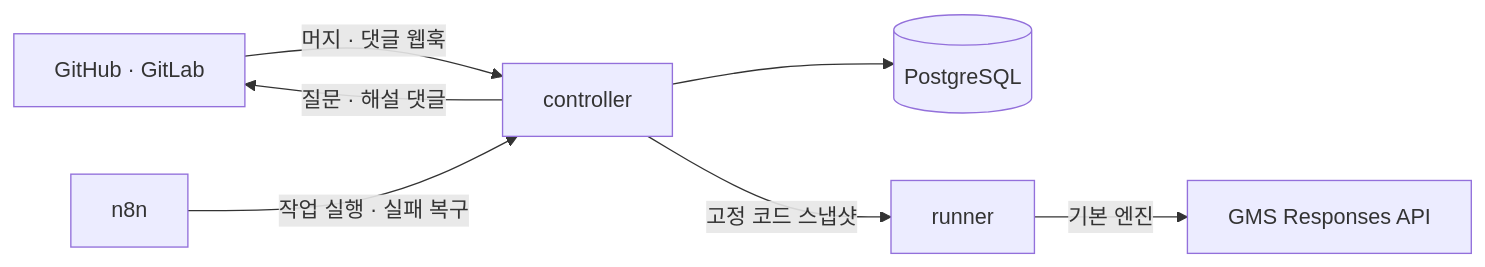
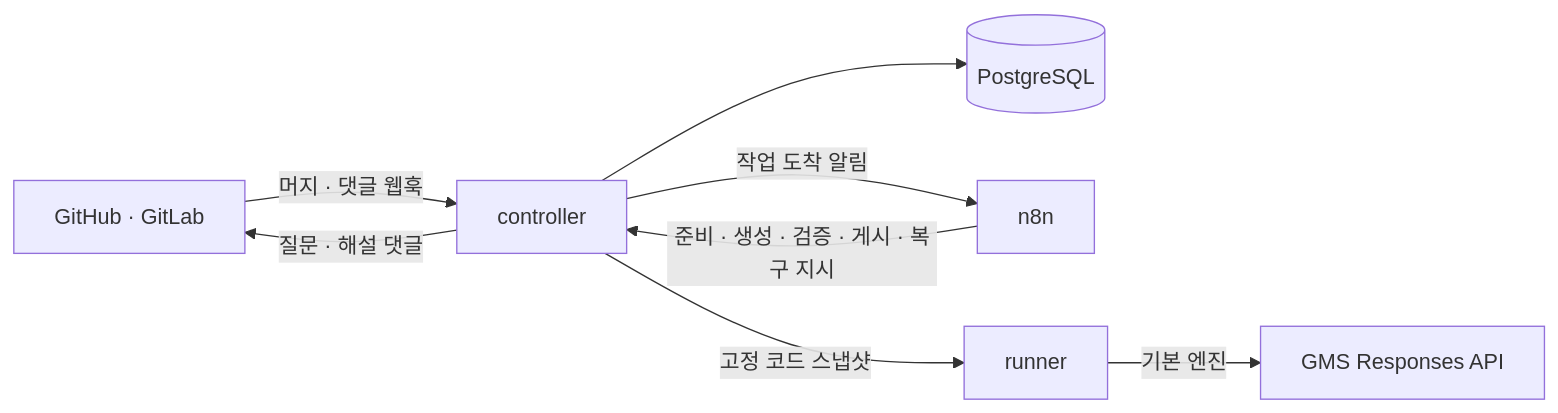
Before and after one commit to thisis-joe/codereviewbot: the diagram in README.md, drawn with Mermaid. The commit also changed other lines of this file and 10 other files, not shown here.

````diff
--- a/README.md
+++ b/README.md
@@ -171,9 +171,10 @@
 ```mermaid
 flowchart LR
     Git[GitHub · GitLab] -->|머지 · 댓글 웹훅| Controller[controller]
     Controller --> DB[(PostgreSQL)]
-    N8N[n8n] -->|작업 실행 · 실패 복구| Controller
+    Controller -->|작업 도착 알림| N8N[n8n]
+    N8N -->|준비 · 생성 · 검증 · 게시 · 복구 지시| Controller
     Controller -->|고정 코드 스냅샷| Runner[runner]
     Runner -->|기본 엔진| GMS[GMS Responses API]
     Controller -->|질문 · 해설 댓글| Git
 ```
````
